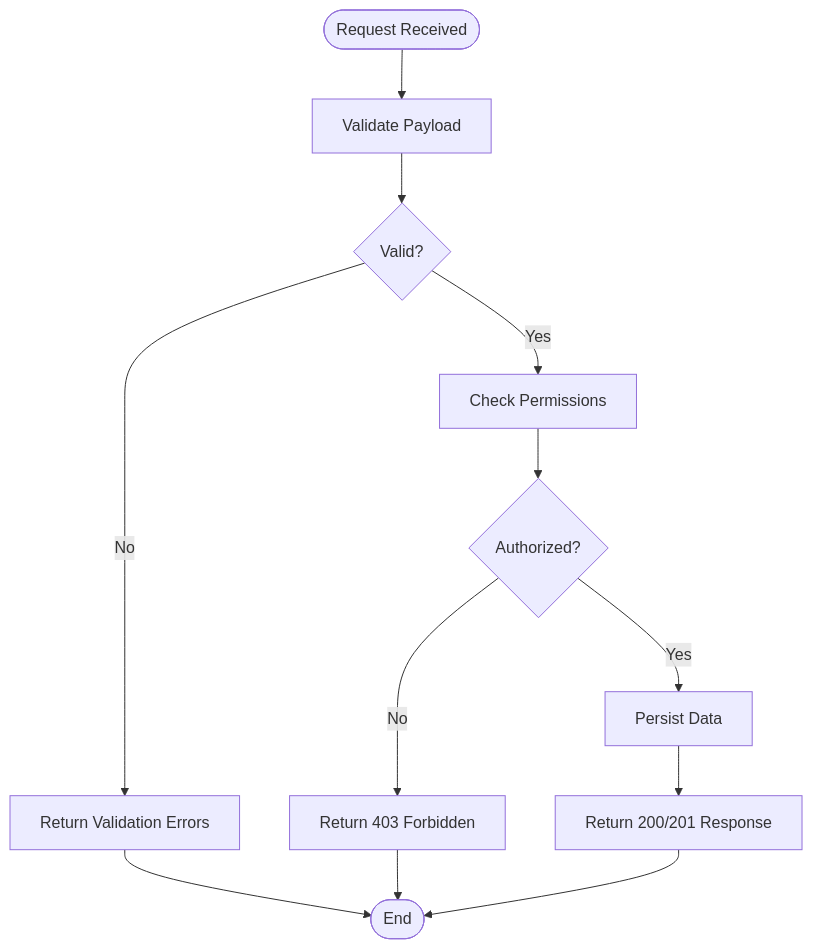
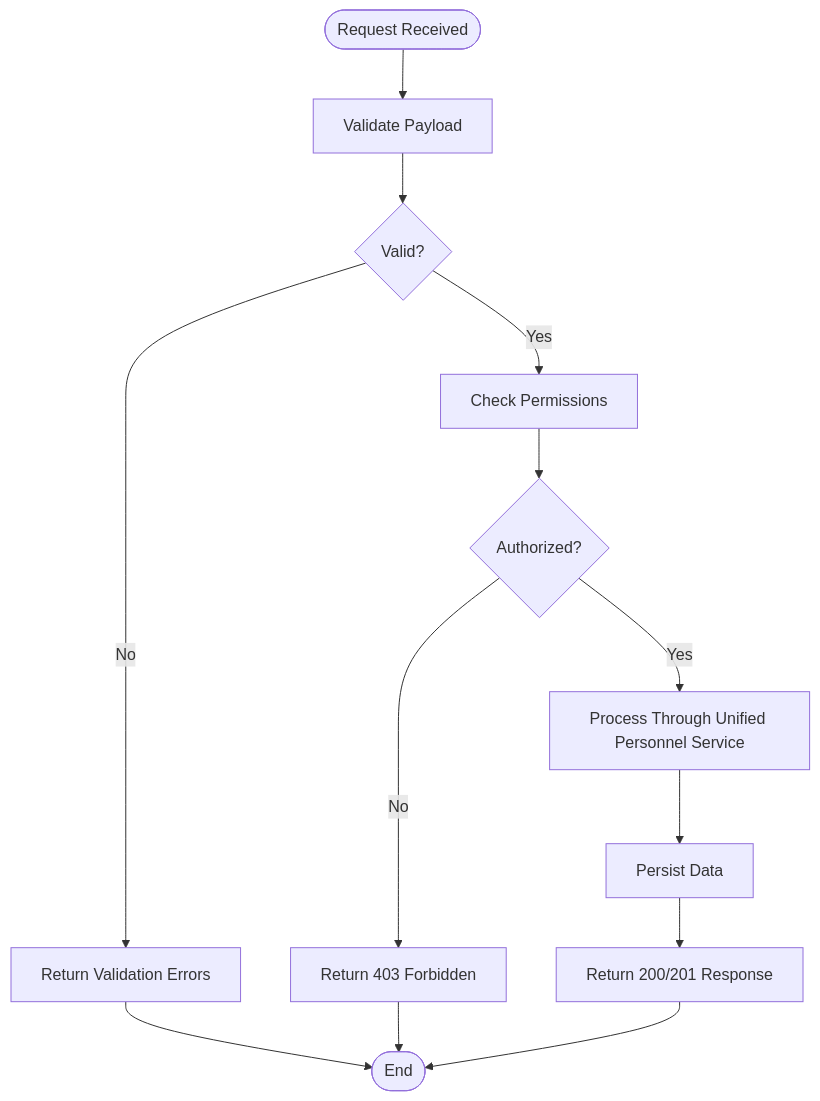
One commit to franckylab/eLISAschool changed the fourth of 7 diagrams in .qoder/repowiki/en/content/API Reference/Human Resources API/Personnel Administration API/Personnel Administration API.md. Above: the diagram before and after it, drawn with Mermaid. The commit also changed other lines of this file and 102 other files, not shown here.

````diff
--- a/.qoder/repowiki/en/content/API Reference/Human Resources API/Personnel Administration API/Personnel Administration API.md
+++ b/.qoder/repowiki/en/content/API Reference/Human Resources API/Personnel Administration API/Personnel Administration API.md
@@ -291,14 +304,15 @@
 ```mermaid
 flowchart TD
 Start(["Request Received"]) --> Validate["Validate Payload"]
 Validate --> Valid{"Valid?"}
 Valid --> |No| Err["Return Validation Errors"]
 Valid --> |Yes| CheckPerm["Check Permissions"]
 CheckPerm --> PermOK{"Authorized?"}
 PermOK --> |No| Forbid["Return 403 Forbidden"]
-PermOK --> |Yes| Persist["Persist Data"]
+PermOK --> |Yes| Consolidate["Process Through Unified Personnel Service"]
+Consolidate --> Persist["Persist Data"]
 Persist --> Success["Return 200/201 Response"]
 Err --> End(["End"])
 Forbid --> End
 Success --> End
 ```
````
